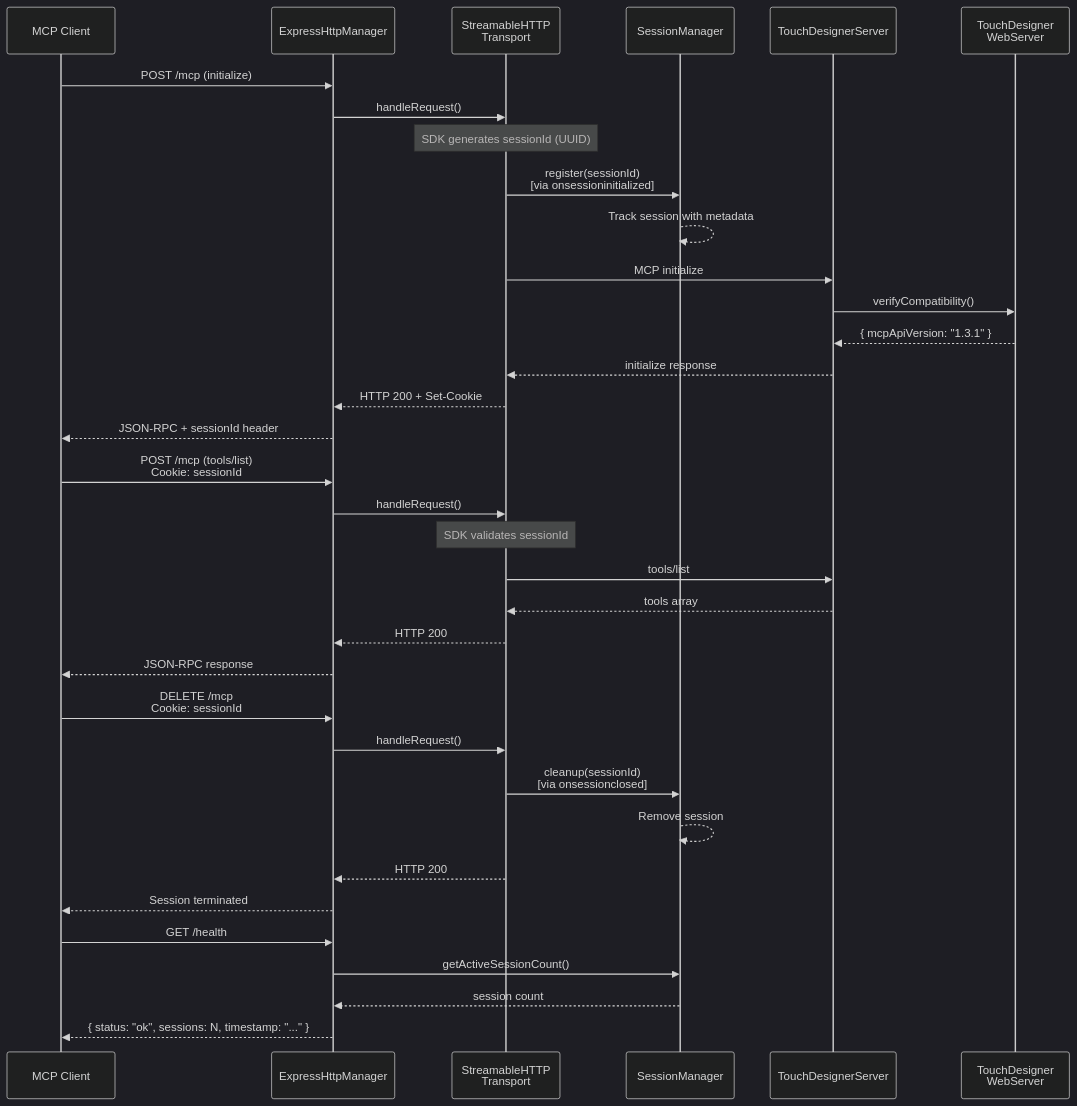
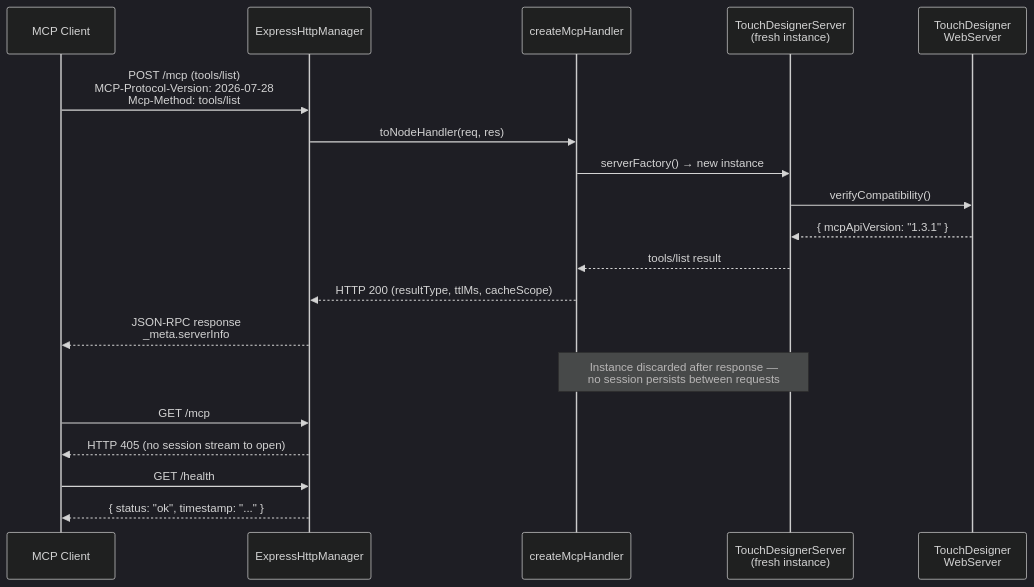
Before and after one commit to 8beeeaaat/touchdesigner-mcp: the ninth of 9 diagrams in docs/architecture.md, drawn with Mermaid (dark theme). The commit also changed other lines of this file and 42 other files, not shown here.

First line of the commit message:
feat: support MCP protocol revision 2026-07-28 (SDK v2, stateless transports) (#206)

````diff
--- a/docs/architecture.md
+++ b/docs/architecture.md
@@ -677,41 +523,24 @@
 ```mermaid
 sequenceDiagram
     participant Client as MCP Client
     participant Express as ExpressHttpManager
-    participant Transport as StreamableHTTP<br/>Transport
-    participant Session as SessionManager
-    participant Server as TouchDesignerServer
+    participant Handler as createMcpHandler
+    participant Server as TouchDesignerServer<br/>(fresh instance)
     participant TD as TouchDesigner<br/>WebServer
 
-    Client->>Express: POST /mcp (initialize)
-    Express->>Transport: handleRequest()
-    Note over Transport: SDK generates sessionId (UUID)
-    Transport->>Session: register(sessionId)<br/>[via onsessioninitialized]
-    Session-->>Session: Track session with metadata
-    Transport->>Server: MCP initialize
+    Client->>Express: POST /mcp (tools/list)<br/>MCP-Protocol-Version: 2026-07-28<br/>Mcp-Method: tools/list
+    Express->>Handler: toNodeHandler(req, res)
+    Handler->>Server: serverFactory() → new instance
     Server->>TD: verifyCompatibility()
     TD-->>Server: { mcpApiVersion: "1.3.1" }
-    Server-->>Transport: initialize response
-    Transport-->>Express: HTTP 200 + Set-Cookie
-    Express-->>Client: JSON-RPC + sessionId header
+    Server-->>Handler: tools/list result
+    Handler-->>Express: HTTP 200 (resultType, ttlMs, cacheScope)
+    Express-->>Client: JSON-RPC response<br/>_meta.serverInfo
+    Note over Handler,Server: Instance discarded after response —<br/>no session persists between requests
 
-    Client->>Express: POST /mcp (tools/list)<br/>Cookie: sessionId
-    Express->>Transport: handleRequest()
-    Note over Transport: SDK validates sessionId
-    Transport->>Server: tools/list
-    Server-->>Transport: tools array
-    Transport-->>Express: HTTP 200
-    Express-->>Client: JSON-RPC response
-
-    Client->>Express: DELETE /mcp<br/>Cookie: sessionId
-    Express->>Transport: handleRequest()
-    Transport->>Session: cleanup(sessionId)<br/>[via onsessionclosed]
-    Session-->>Session: Remove session
-    Transport-->>Express: HTTP 200
-    Express-->>Client: Session terminated
+    Client->>Express: GET /mcp
+    Express-->>Client: HTTP 405 (no session stream to open)
 
     Client->>Express: GET /health
-    Express->>Session: getActiveSessionCount()
-    Session-->>Express: session count
-    Express-->>Client: { status: "ok", sessions: N, timestamp: "..." }
+    Express-->>Client: { status: "ok", timestamp: "..." }
 ```
````
